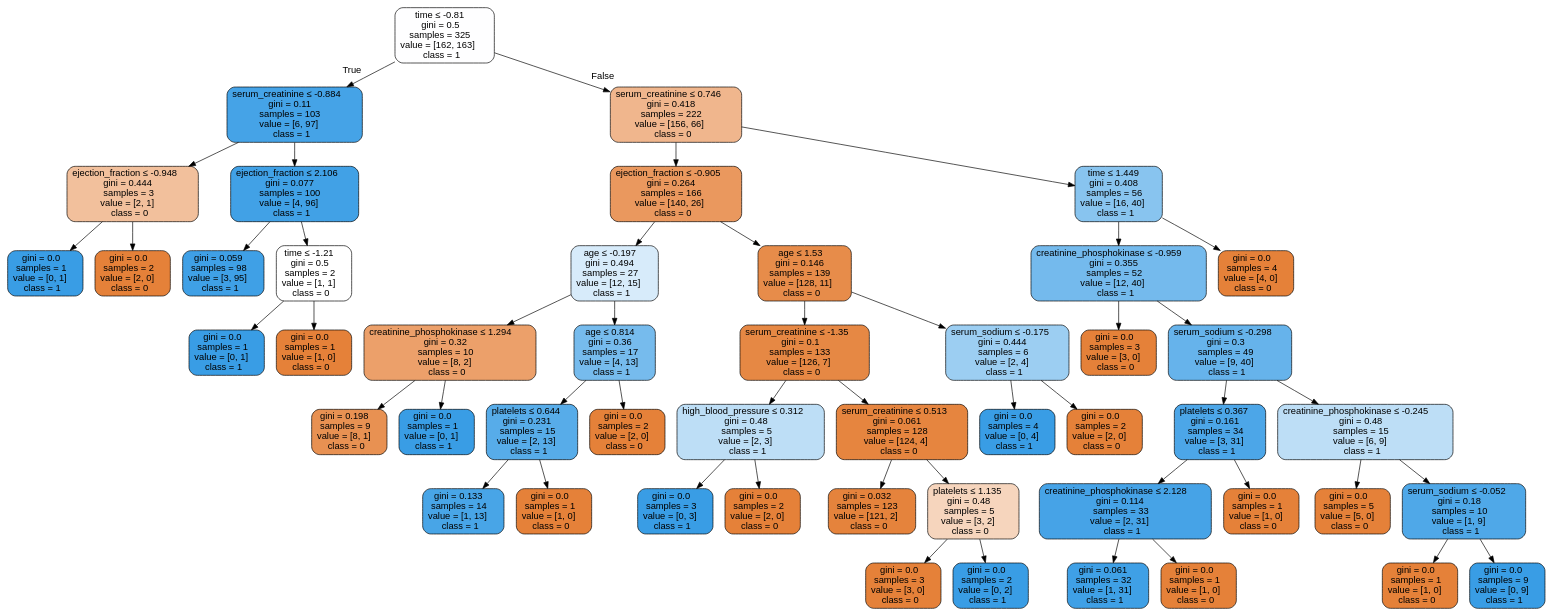
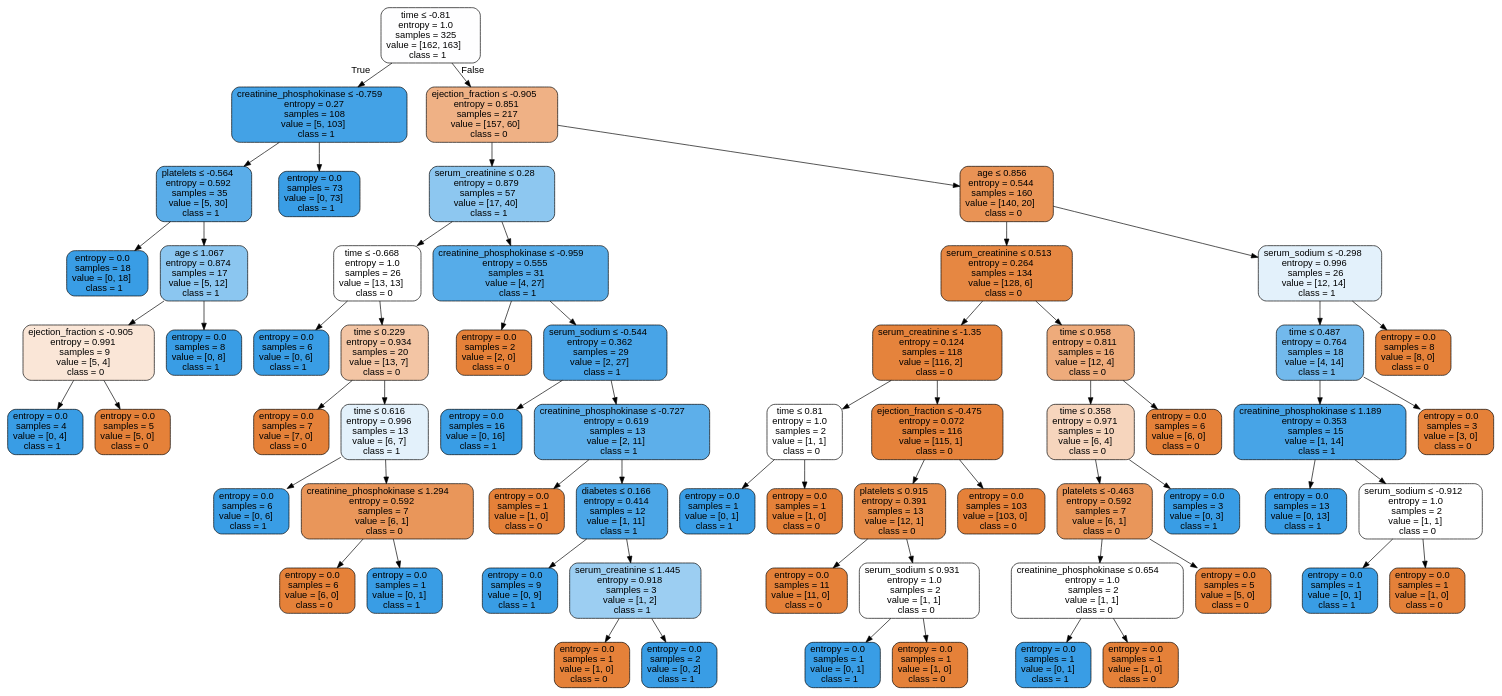
The diagram in Labs/NewClassifiers/Results/DecisionTrees/SMOTE/ - No Outliers & Scaling/HFCR - SMOTE - dtree.dot (isabelSoares/CD-2021), drawn with Graphviz before and after one commit. The commit also changed 206 other files, not shown here.

```diff
--- a/Labs/NewClassifiers/Results/DecisionTrees/SMOTE/ - No Outliers & Scaling/HFCR - SMOTE - dtree.dot
+++ b/Labs/NewClassifiers/Results/DecisionTrees/SMOTE/ - No Outliers & Scaling/HFCR - SMOTE - dtree.dot
@@ -1,101 +1,129 @@
 digraph Tree {
 node [shape=box, style="filled, rounded", color="black", fontname=helvetica] ;
 edge [fontname=helvetica] ;
-0 [label=<time &le; -0.81<br/>gini = 0.5<br/>samples = 325<br/>value = [162, 163]<br/>class = 1>, fillcolor="#fefeff"] ;
-1 [label=<serum_creatinine &le; -0.884<br/>gini = 0.11<br/>samples = 103<br/>value = [6, 97]<br/>class = 1>, fillcolor="#45a3e7"] ;
+0 [label=<time &le; -0.81<br/>entropy = 1.0<br/>samples = 325<br/>value = [162, 163]<br/>class = 1>, fillcolor="#fefeff"] ;
+1 [label=<creatinine_phosphokinase &le; -0.759<br/>entropy = 0.27<br/>samples = 108<br/>value = [5, 103]<br/>class = 1>, fillcolor="#43a2e6"] ;
 0 -> 1 [labeldistance=2.5, labelangle=45, headlabel="True"] ;
-2 [label=<ejection_fraction &le; -0.948<br/>gini = 0.444<br/>samples = 3<br/>value = [2, 1]<br/>class = 0>, fillcolor="#f2c09c"] ;
+2 [label=<platelets &le; -0.564<br/>entropy = 0.592<br/>samples = 35<br/>value = [5, 30]<br/>class = 1>, fillcolor="#5aade9"] ;
 1 -> 2 ;
-3 [label=<gini = 0.0<br/>samples = 1<br/>value = [0, 1]<br/>class = 1>, fillcolor="#399de5"] ;
+3 [label=<entropy = 0.0<br/>samples = 18<br/>value = [0, 18]<br/>class = 1>, fillcolor="#399de5"] ;
 2 -> 3 ;
-4 [label=<gini = 0.0<br/>samples = 2<br/>value = [2, 0]<br/>class = 0>, fillcolor="#e58139"] ;
+4 [label=<age &le; 1.067<br/>entropy = 0.874<br/>samples = 17<br/>value = [5, 12]<br/>class = 1>, fillcolor="#8bc6f0"] ;
 2 -> 4 ;
-5 [label=<ejection_fraction &le; 2.106<br/>gini = 0.077<br/>samples = 100<br/>value = [4, 96]<br/>class = 1>, fillcolor="#41a1e6"] ;
-1 -> 5 ;
-6 [label=<gini = 0.059<br/>samples = 98<br/>value = [3, 95]<br/>class = 1>, fillcolor="#3fa0e6"] ;
+5 [label=<ejection_fraction &le; -0.905<br/>entropy = 0.991<br/>samples = 9<br/>value = [5, 4]<br/>class = 0>, fillcolor="#fae6d7"] ;
+4 -> 5 ;
+6 [label=<entropy = 0.0<br/>samples = 4<br/>value = [0, 4]<br/>class = 1>, fillcolor="#399de5"] ;
 5 -> 6 ;
-7 [label=<time &le; -1.21<br/>gini = 0.5<br/>samples = 2<br/>value = [1, 1]<br/>class = 0>, fillcolor="#ffffff"] ;
+7 [label=<entropy = 0.0<br/>samples = 5<br/>value = [5, 0]<br/>class = 0>, fillcolor="#e58139"] ;
 5 -> 7 ;
-8 [label=<gini = 0.0<br/>samples = 1<br/>value = [0, 1]<br/>class = 1>, fillcolor="#399de5"] ;
-7 -> 8 ;
-9 [label=<gini = 0.0<br/>samples = 1<br/>value = [1, 0]<br/>class = 0>, fillcolor="#e58139"] ;
-7 -> 9 ;
-10 [label=<serum_creatinine &le; 0.746<br/>gini = 0.418<br/>samples = 222<br/>value = [156, 66]<br/>class = 0>, fillcolor="#f0b68d"] ;
+8 [label=<entropy = 0.0<br/>samples = 8<br/>value = [0, 8]<br/>class = 1>, fillcolor="#399de5"] ;
+4 -> 8 ;
+9 [label=<entropy = 0.0<br/>samples = 73<br/>value = [0, 73]<br/>class = 1>, fillcolor="#399de5"] ;
+1 -> 9 ;
+10 [label=<ejection_fraction &le; -0.905<br/>entropy = 0.851<br/>samples = 217<br/>value = [157, 60]<br/>class = 0>, fillcolor="#efb185"] ;
 0 -> 10 [labeldistance=2.5, labelangle=-45, headlabel="False"] ;
-11 [label=<ejection_fraction &le; -0.905<br/>gini = 0.264<br/>samples = 166<br/>value = [140, 26]<br/>class = 0>, fillcolor="#ea985e"] ;
+11 [label=<serum_creatinine &le; 0.28<br/>entropy = 0.879<br/>samples = 57<br/>value = [17, 40]<br/>class = 1>, fillcolor="#8dc7f0"] ;
 10 -> 11 ;
-12 [label=<age &le; -0.197<br/>gini = 0.494<br/>samples = 27<br/>value = [12, 15]<br/>class = 1>, fillcolor="#d7ebfa"] ;
+12 [label=<time &le; -0.668<br/>entropy = 1.0<br/>samples = 26<br/>value = [13, 13]<br/>class = 0>, fillcolor="#ffffff"] ;
 11 -> 12 ;
-13 [label=<creatinine_phosphokinase &le; 1.294<br/>gini = 0.32<br/>samples = 10<br/>value = [8, 2]<br/>class = 0>, fillcolor="#eca06a"] ;
+13 [label=<entropy = 0.0<br/>samples = 6<br/>value = [0, 6]<br/>class = 1>, fillcolor="#399de5"] ;
 12 -> 13 ;
-14 [label=<gini = 0.198<br/>samples = 9<br/>value = [8, 1]<br/>class = 0>, fillcolor="#e89152"] ;
-13 -> 14 ;
-15 [label=<gini = 0.0<br/>samples = 1<br/>value = [0, 1]<br/>class = 1>, fillcolor="#399de5"] ;
-13 -> 15 ;
-16 [label=<age &le; 0.814<br/>gini = 0.36<br/>samples = 17<br/>value = [4, 13]<br/>class = 1>, fillcolor="#76bbed"] ;
-12 -> 16 ;
-17 [label=<platelets &le; 0.644<br/>gini = 0.231<br/>samples = 15<br/>value = [2, 13]<br/>class = 1>, fillcolor="#57ace9"] ;
+14 [label=<time &le; 0.229<br/>entropy = 0.934<br/>samples = 20<br/>value = [13, 7]<br/>class = 0>, fillcolor="#f3c5a4"] ;
+12 -> 14 ;
+15 [label=<entropy = 0.0<br/>samples = 7<br/>value = [7, 0]<br/>class = 0>, fillcolor="#e58139"] ;
+14 -> 15 ;
+16 [label=<time &le; 0.616<br/>entropy = 0.996<br/>samples = 13<br/>value = [6, 7]<br/>class = 1>, fillcolor="#e3f1fb"] ;
+14 -> 16 ;
+17 [label=<entropy = 0.0<br/>samples = 6<br/>value = [0, 6]<br/>class = 1>, fillcolor="#399de5"] ;
 16 -> 17 ;
-18 [label=<gini = 0.133<br/>samples = 14<br/>value = [1, 13]<br/>class = 1>, fillcolor="#48a5e7"] ;
-17 -> 18 ;
-19 [label=<gini = 0.0<br/>samples = 1<br/>value = [1, 0]<br/>class = 0>, fillcolor="#e58139"] ;
-17 -> 19 ;
-20 [label=<gini = 0.0<br/>samples = 2<br/>value = [2, 0]<br/>class = 0>, fillcolor="#e58139"] ;
-16 -> 20 ;
-21 [label=<age &le; 1.53<br/>gini = 0.146<br/>samples = 139<br/>value = [128, 11]<br/>class = 0>, fillcolor="#e78c4a"] ;
+18 [label=<creatinine_phosphokinase &le; 1.294<br/>entropy = 0.592<br/>samples = 7<br/>value = [6, 1]<br/>class = 0>, fillcolor="#e9965a"] ;
+16 -> 18 ;
+19 [label=<entropy = 0.0<br/>samples = 6<br/>value = [6, 0]<br/>class = 0>, fillcolor="#e58139"] ;
+18 -> 19 ;
+20 [label=<entropy = 0.0<br/>samples = 1<br/>value = [0, 1]<br/>class = 1>, fillcolor="#399de5"] ;
+18 -> 20 ;
+21 [label=<creatinine_phosphokinase &le; -0.959<br/>entropy = 0.555<br/>samples = 31<br/>value = [4, 27]<br/>class = 1>, fillcolor="#56ace9"] ;
 11 -> 21 ;
-22 [label=<serum_creatinine &le; -1.35<br/>gini = 0.1<br/>samples = 133<br/>value = [126, 7]<br/>class = 0>, fillcolor="#e68844"] ;
+22 [label=<entropy = 0.0<br/>samples = 2<br/>value = [2, 0]<br/>class = 0>, fillcolor="#e58139"] ;
 21 -> 22 ;
-23 [label=<high_blood_pressure &le; 0.312<br/>gini = 0.48<br/>samples = 5<br/>value = [2, 3]<br/>class = 1>, fillcolor="#bddef6"] ;
-22 -> 23 ;
-24 [label=<gini = 0.0<br/>samples = 3<br/>value = [0, 3]<br/>class = 1>, fillcolor="#399de5"] ;
+23 [label=<serum_sodium &le; -0.544<br/>entropy = 0.362<br/>samples = 29<br/>value = [2, 27]<br/>class = 1>, fillcolor="#48a4e7"] ;
+21 -> 23 ;
+24 [label=<entropy = 0.0<br/>samples = 16<br/>value = [0, 16]<br/>class = 1>, fillcolor="#399de5"] ;
 23 -> 24 ;
-25 [label=<gini = 0.0<br/>samples = 2<br/>value = [2, 0]<br/>class = 0>, fillcolor="#e58139"] ;
+25 [label=<creatinine_phosphokinase &le; -0.727<br/>entropy = 0.619<br/>samples = 13<br/>value = [2, 11]<br/>class = 1>, fillcolor="#5dafea"] ;
 23 -> 25 ;
-26 [label=<serum_creatinine &le; 0.513<br/>gini = 0.061<br/>samples = 128<br/>value = [124, 4]<br/>class = 0>, fillcolor="#e6853f"] ;
-22 -> 26 ;
-27 [label=<gini = 0.032<br/>samples = 123<br/>value = [121, 2]<br/>class = 0>, fillcolor="#e5833c"] ;
-26 -> 27 ;
-28 [label=<platelets &le; 1.135<br/>gini = 0.48<br/>samples = 5<br/>value = [3, 2]<br/>class = 0>, fillcolor="#f6d5bd"] ;
-26 -> 28 ;
-29 [label=<gini = 0.0<br/>samples = 3<br/>value = [3, 0]<br/>class = 0>, fillcolor="#e58139"] ;
-28 -> 29 ;
-30 [label=<gini = 0.0<br/>samples = 2<br/>value = [0, 2]<br/>class = 1>, fillcolor="#399de5"] ;
-28 -> 30 ;
-31 [label=<serum_sodium &le; -0.175<br/>gini = 0.444<br/>samples = 6<br/>value = [2, 4]<br/>class = 1>, fillcolor="#9ccef2"] ;
-21 -> 31 ;
-32 [label=<gini = 0.0<br/>samples = 4<br/>value = [0, 4]<br/>class = 1>, fillcolor="#399de5"] ;
-31 -> 32 ;
-33 [label=<gini = 0.0<br/>samples = 2<br/>value = [2, 0]<br/>class = 0>, fillcolor="#e58139"] ;
-31 -> 33 ;
-34 [label=<time &le; 1.449<br/>gini = 0.408<br/>samples = 56<br/>value = [16, 40]<br/>class = 1>, fillcolor="#88c4ef"] ;
-10 -> 34 ;
-35 [label=<creatinine_phosphokinase &le; -0.959<br/>gini = 0.355<br/>samples = 52<br/>value = [12, 40]<br/>class = 1>, fillcolor="#74baed"] ;
+26 [label=<entropy = 0.0<br/>samples = 1<br/>value = [1, 0]<br/>class = 0>, fillcolor="#e58139"] ;
+25 -> 26 ;
+27 [label=<diabetes &le; 0.166<br/>entropy = 0.414<br/>samples = 12<br/>value = [1, 11]<br/>class = 1>, fillcolor="#4ba6e7"] ;
+25 -> 27 ;
+28 [label=<entropy = 0.0<br/>samples = 9<br/>value = [0, 9]<br/>class = 1>, fillcolor="#399de5"] ;
+27 -> 28 ;
+29 [label=<serum_creatinine &le; 1.445<br/>entropy = 0.918<br/>samples = 3<br/>value = [1, 2]<br/>class = 1>, fillcolor="#9ccef2"] ;
+27 -> 29 ;
+30 [label=<entropy = 0.0<br/>samples = 1<br/>value = [1, 0]<br/>class = 0>, fillcolor="#e58139"] ;
+29 -> 30 ;
+31 [label=<entropy = 0.0<br/>samples = 2<br/>value = [0, 2]<br/>class = 1>, fillcolor="#399de5"] ;
+29 -> 31 ;
+32 [label=<age &le; 0.856<br/>entropy = 0.544<br/>samples = 160<br/>value = [140, 20]<br/>class = 0>, fillcolor="#e99355"] ;
+10 -> 32 ;
+33 [label=<serum_creatinine &le; 0.513<br/>entropy = 0.264<br/>samples = 134<br/>value = [128, 6]<br/>class = 0>, fillcolor="#e68742"] ;
+32 -> 33 ;
+34 [label=<serum_creatinine &le; -1.35<br/>entropy = 0.124<br/>samples = 118<br/>value = [116, 2]<br/>class = 0>, fillcolor="#e5833c"] ;
+33 -> 34 ;
+35 [label=<time &le; 0.81<br/>entropy = 1.0<br/>samples = 2<br/>value = [1, 1]<br/>class = 0>, fillcolor="#ffffff"] ;
 34 -> 35 ;
-36 [label=<gini = 0.0<br/>samples = 3<br/>value = [3, 0]<br/>class = 0>, fillcolor="#e58139"] ;
+36 [label=<entropy = 0.0<br/>samples = 1<br/>value = [0, 1]<br/>class = 1>, fillcolor="#399de5"] ;
 35 -> 36 ;
-37 [label=<serum_sodium &le; -0.298<br/>gini = 0.3<br/>samples = 49<br/>value = [9, 40]<br/>class = 1>, fillcolor="#66b3eb"] ;
+37 [label=<entropy = 0.0<br/>samples = 1<br/>value = [1, 0]<br/>class = 0>, fillcolor="#e58139"] ;
 35 -> 37 ;
-38 [label=<platelets &le; 0.367<br/>gini = 0.161<br/>samples = 34<br/>value = [3, 31]<br/>class = 1>, fillcolor="#4ca6e8"] ;
-37 -> 38 ;
-39 [label=<creatinine_phosphokinase &le; 2.128<br/>gini = 0.114<br/>samples = 33<br/>value = [2, 31]<br/>class = 1>, fillcolor="#46a3e7"] ;
+38 [label=<ejection_fraction &le; -0.475<br/>entropy = 0.072<br/>samples = 116<br/>value = [115, 1]<br/>class = 0>, fillcolor="#e5823b"] ;
+34 -> 38 ;
+39 [label=<platelets &le; 0.915<br/>entropy = 0.391<br/>samples = 13<br/>value = [12, 1]<br/>class = 0>, fillcolor="#e78c49"] ;
 38 -> 39 ;
-40 [label=<gini = 0.061<br/>samples = 32<br/>value = [1, 31]<br/>class = 1>, fillcolor="#3fa0e6"] ;
+40 [label=<entropy = 0.0<br/>samples = 11<br/>value = [11, 0]<br/>class = 0>, fillcolor="#e58139"] ;
 39 -> 40 ;
-41 [label=<gini = 0.0<br/>samples = 1<br/>value = [1, 0]<br/>class = 0>, fillcolor="#e58139"] ;
+41 [label=<serum_sodium &le; 0.931<br/>entropy = 1.0<br/>samples = 2<br/>value = [1, 1]<br/>class = 0>, fillcolor="#ffffff"] ;
 39 -> 41 ;
-42 [label=<gini = 0.0<br/>samples = 1<br/>value = [1, 0]<br/>class = 0>, fillcolor="#e58139"] ;
-38 -> 42 ;
-43 [label=<creatinine_phosphokinase &le; -0.245<br/>gini = 0.48<br/>samples = 15<br/>value = [6, 9]<br/>class = 1>, fillcolor="#bddef6"] ;
-37 -> 43 ;
-44 [label=<gini = 0.0<br/>samples = 5<br/>value = [5, 0]<br/>class = 0>, fillcolor="#e58139"] ;
-43 -> 44 ;
-45 [label=<serum_sodium &le; -0.052<br/>gini = 0.18<br/>samples = 10<br/>value = [1, 9]<br/>class = 1>, fillcolor="#4fa8e8"] ;
-43 -> 45 ;
-46 [label=<gini = 0.0<br/>samples = 1<br/>value = [1, 0]<br/>class = 0>, fillcolor="#e58139"] ;
+42 [label=<entropy = 0.0<br/>samples = 1<br/>value = [0, 1]<br/>class = 1>, fillcolor="#399de5"] ;
+41 -> 42 ;
+43 [label=<entropy = 0.0<br/>samples = 1<br/>value = [1, 0]<br/>class = 0>, fillcolor="#e58139"] ;
+41 -> 43 ;
+44 [label=<entropy = 0.0<br/>samples = 103<br/>value = [103, 0]<br/>class = 0>, fillcolor="#e58139"] ;
+38 -> 44 ;
+45 [label=<time &le; 0.958<br/>entropy = 0.811<br/>samples = 16<br/>value = [12, 4]<br/>class = 0>, fillcolor="#eeab7b"] ;
+33 -> 45 ;
+46 [label=<time &le; 0.358<br/>entropy = 0.971<br/>samples = 10<br/>value = [6, 4]<br/>class = 0>, fillcolor="#f6d5bd"] ;
 45 -> 46 ;
-47 [label=<gini = 0.0<br/>samples = 9<br/>value = [0, 9]<br/>class = 1>, fillcolor="#399de5"] ;
-45 -> 47 ;
-48 [label=<gini = 0.0<br/>samples = 4<br/>value = [4, 0]<br/>class = 0>, fillcolor="#e58139"] ;
-34 -> 48 ;
+47 [label=<platelets &le; -0.463<br/>entropy = 0.592<br/>samples = 7<br/>value = [6, 1]<br/>class = 0>, fillcolor="#e9965a"] ;
+46 -> 47 ;
+48 [label=<creatinine_phosphokinase &le; 0.654<br/>entropy = 1.0<br/>samples = 2<br/>value = [1, 1]<br/>class = 0>, fillcolor="#ffffff"] ;
+47 -> 48 ;
+49 [label=<entropy = 0.0<br/>samples = 1<br/>value = [0, 1]<br/>class = 1>, fillcolor="#399de5"] ;
+48 -> 49 ;
+50 [label=<entropy = 0.0<br/>samples = 1<br/>value = [1, 0]<br/>class = 0>, fillcolor="#e58139"] ;
+48 -> 50 ;
+51 [label=<entropy = 0.0<br/>samples = 5<br/>value = [5, 0]<br/>class = 0>, fillcolor="#e58139"] ;
+47 -> 51 ;
+52 [label=<entropy = 0.0<br/>samples = 3<br/>value = [0, 3]<br/>class = 1>, fillcolor="#399de5"] ;
+46 -> 52 ;
+53 [label=<entropy = 0.0<br/>samples = 6<br/>value = [6, 0]<br/>class = 0>, fillcolor="#e58139"] ;
+45 -> 53 ;
+54 [label=<serum_sodium &le; -0.298<br/>entropy = 0.996<br/>samples = 26<br/>value = [12, 14]<br/>class = 1>, fillcolor="#e3f1fb"] ;
+32 -> 54 ;
+55 [label=<time &le; 0.487<br/>entropy = 0.764<br/>samples = 18<br/>value = [4, 14]<br/>class = 1>, fillcolor="#72b9ec"] ;
+54 -> 55 ;
+56 [label=<creatinine_phosphokinase &le; 1.189<br/>entropy = 0.353<br/>samples = 15<br/>value = [1, 14]<br/>class = 1>, fillcolor="#47a4e7"] ;
+55 -> 56 ;
+57 [label=<entropy = 0.0<br/>samples = 13<br/>value = [0, 13]<br/>class = 1>, fillcolor="#399de5"] ;
+56 -> 57 ;
+58 [label=<serum_sodium &le; -0.912<br/>entropy = 1.0<br/>samples = 2<br/>value = [1, 1]<br/>class = 0>, fillcolor="#ffffff"] ;
+56 -> 58 ;
+59 [label=<entropy = 0.0<br/>samples = 1<br/>value = [0, 1]<br/>class = 1>, fillcolor="#399de5"] ;
+58 -> 59 ;
+60 [label=<entropy = 0.0<br/>samples = 1<br/>value = [1, 0]<br/>class = 0>, fillcolor="#e58139"] ;
+58 -> 60 ;
+61 [label=<entropy = 0.0<br/>samples = 3<br/>value = [3, 0]<br/>class = 0>, fillcolor="#e58139"] ;
+55 -> 61 ;
+62 [label=<entropy = 0.0<br/>samples = 8<br/>value = [8, 0]<br/>class = 0>, fillcolor="#e58139"] ;
+54 -> 62 ;
 }
```
